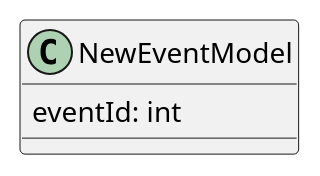
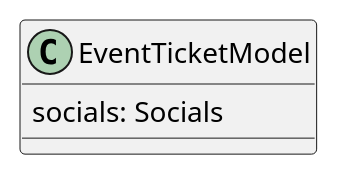
Diagram 21 of 24 in README.org (ai-shift/cyber-valley-tickets), drawn with PlantUML before and after one commit. The commit also changed other lines of this file and 4 other files, not shown here.

```diff
--- a/README.org
+++ b/README.org
@@ -773,5 +781,5 @@
-#+begin_src plantuml :file ./img/new-event-model.png
-class NewEventModel {
-  eventId: int
+#+begin_src plantuml :file ./img/event-ticket-model.png
+class EventTicketModel {
+  socials: Socials
 }
 #+end_src
```
